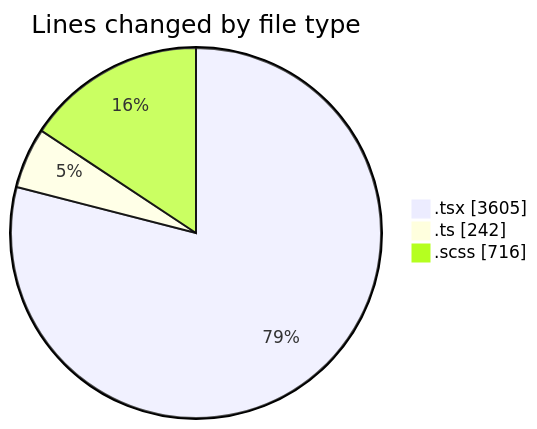
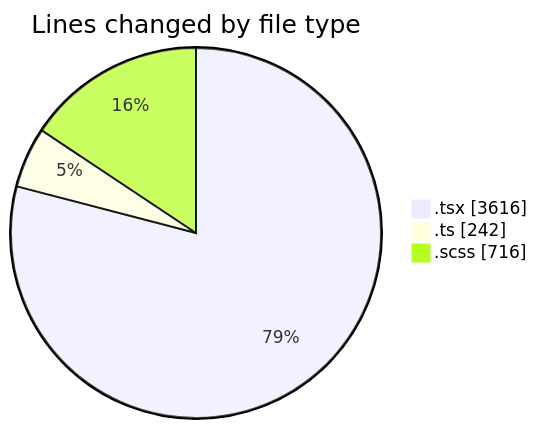
The first of 2 diagrams in 2025-09-15/cda/README.md (momahboobian/code-tracking), drawn with Mermaid before and after one commit. The commit also changed other lines of this file and 1 other file, not shown here.

````diff
--- a/2025-09-15/cda/README.md
+++ b/2025-09-15/cda/README.md
@@ -25,7 +25,7 @@
 ```mermaid
 pie showData
 title Lines changed by file type
-".tsx" : 3605
+".tsx" : 3616
 ".ts" : 242
 ".scss" : 716
 ```
````
